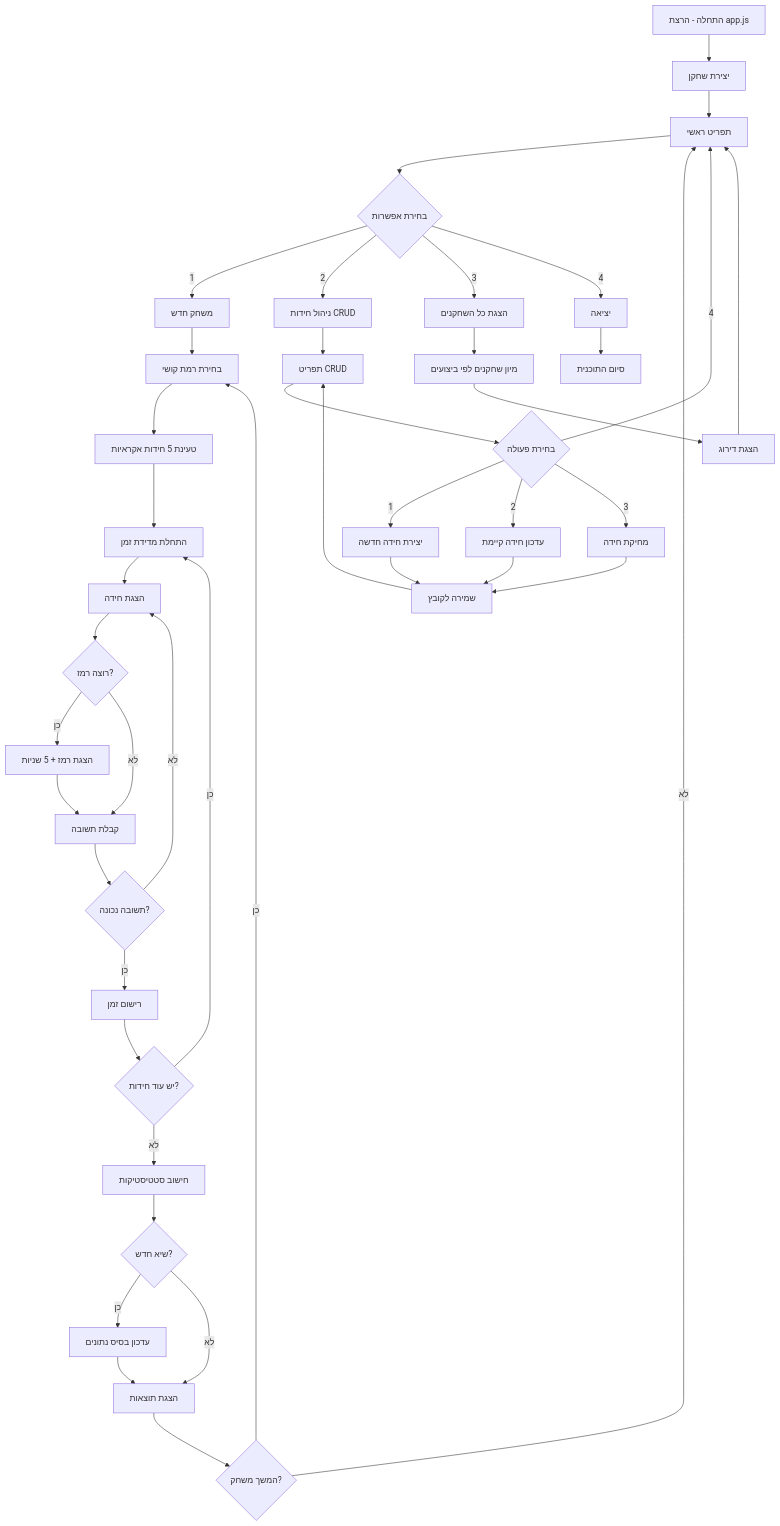
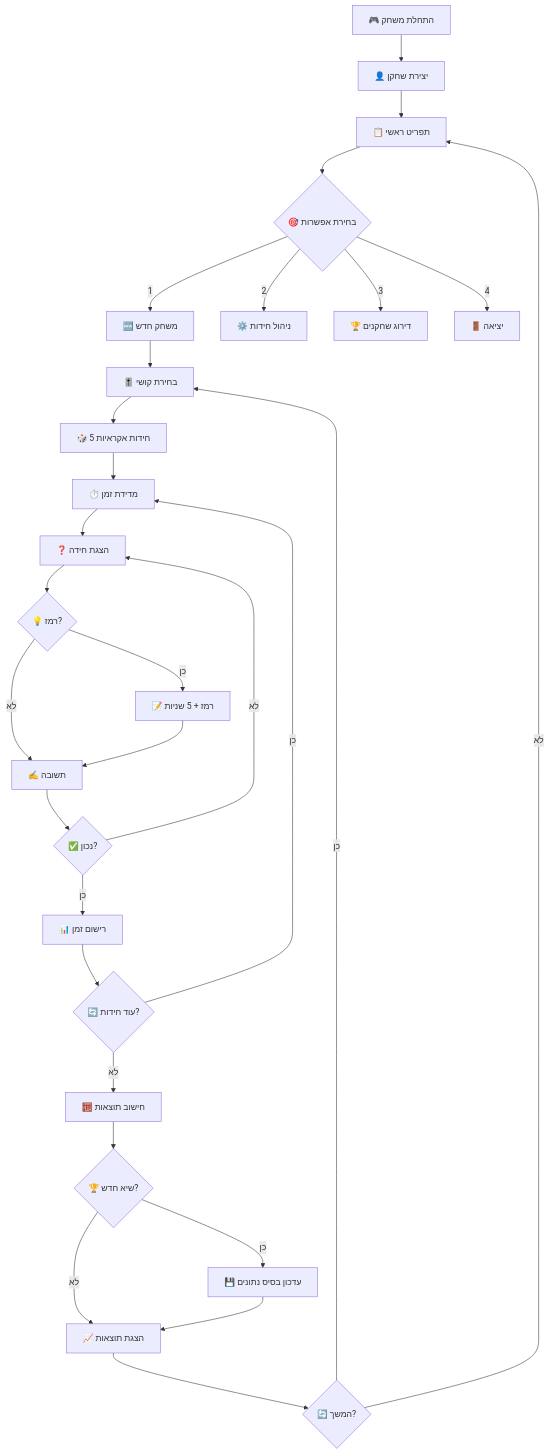
The diagram in README.md (elazarmatan/riddles_project), drawn with Mermaid before and after one commit. The commit also changed other lines of this file, not shown here.

````diff
--- a/README.md
+++ b/README.md
@@ -124,48 +215,38 @@
 ```mermaid
 flowchart TD
-    A[התחלה - הרצת app.js] --> B[יצירת שחקן]
-    B --> C[תפריט ראשי]
+    A[🎮 התחלת משחק] --> B[👤 יצירת שחקן]
+    B --> C[📋 תפריט ראשי]
+    C --> D{🎯 בחירת אפשרות}
     
-    C --> D{בחירת אפשרות}
-    D -->|1| E[משחק חדש]
-    D -->|2| F[ניהול חידות CRUD]
-    D -->|3| G[הצגת כל השחקנים]
-    D -->|4| H[יציאה]
+    D -->|1| E[🆕 משחק חדש]
+    D -->|2| F[⚙️ ניהול חידות]
+    D -->|3| G[🏆 דירוג שחקנים]
+    D -->|4| H[🚪 יציאה]
     
-    E --> I[בחירת רמת קושי]
-    I --> J[טעינת 5 חידות אקראיות]
-    J --> K[התחלת מדידת זמן]
-    K --> L[הצגת חידה]
-    L --> M{רוצה רמז?}
-    M -->|כן| N[הצגת רמז + 5 שניות]
-    M -->|לא| O[קבלת תשובה]
+    E --> I[🎚️ בחירת קושי]
+    I --> J[🎲 5 חידות אקראיות]
+    J --> K[⏱️ מדידת זמן]
+    K --> L[❓ הצגת חידה]
+    L --> M{💡 רמז?}
+    
+    M -->|כן| N[📝 רמז + 5 שניות]
+    M -->|לא| O[✍️ תשובה]
     N --> O
-    O --> P{תשובה נכונה?}
+    
+    O --> P{✅ נכון?}
     P -->|לא| L
-    P -->|כן| Q[רישום זמן]
-    Q --> R{יש עוד חידות?}
+    P -->|כן| Q[📊 רישום זמן]
+    
+    Q --> R{🔄 עוד חידות?}
     R -->|כן| K
-    R -->|לא| S[חישוב סטטיסטיקות]
-    S --> T{שיא חדש?}
-    T -->|כן| U[עדכון בסיס נתונים]
-    T -->|לא| V[הצגת תוצאות]
+    R -->|לא| S[🧮 חישוב תוצאות]
+    
+    S --> T{🏆 שיא חדש?}
+    T -->|כן| U[💾 עדכון בסיס נתונים]
+    T -->|לא| V[📈 הצגת תוצאות]
     U --> V
-    V --> W{המשך משחק?}
+    
+    V --> W{🔄 המשך?}
     W -->|כן| I
     W -->|לא| C
-    
-    F --> X[תפריט CRUD]
-    X --> Y{בחירת פעולה}
-    Y -->|1| Z[יצירת חידה חדשה]
-    Y -->|2| AA[עדכון חידה קיימת]
-    Y -->|3| BB[מחיקת חידה]
-    Y -->|4| C
-    Z --> CC[שמירה לקובץ] --> X
-    AA --> CC
-    BB --> CC
-    
-    G --> DD[מיון שחקנים לפי ביצועים]
-    DD --> EE[הצגת דירוג] --> C
-    
-    H --> FF[סיום התוכנית]
 ```
````
